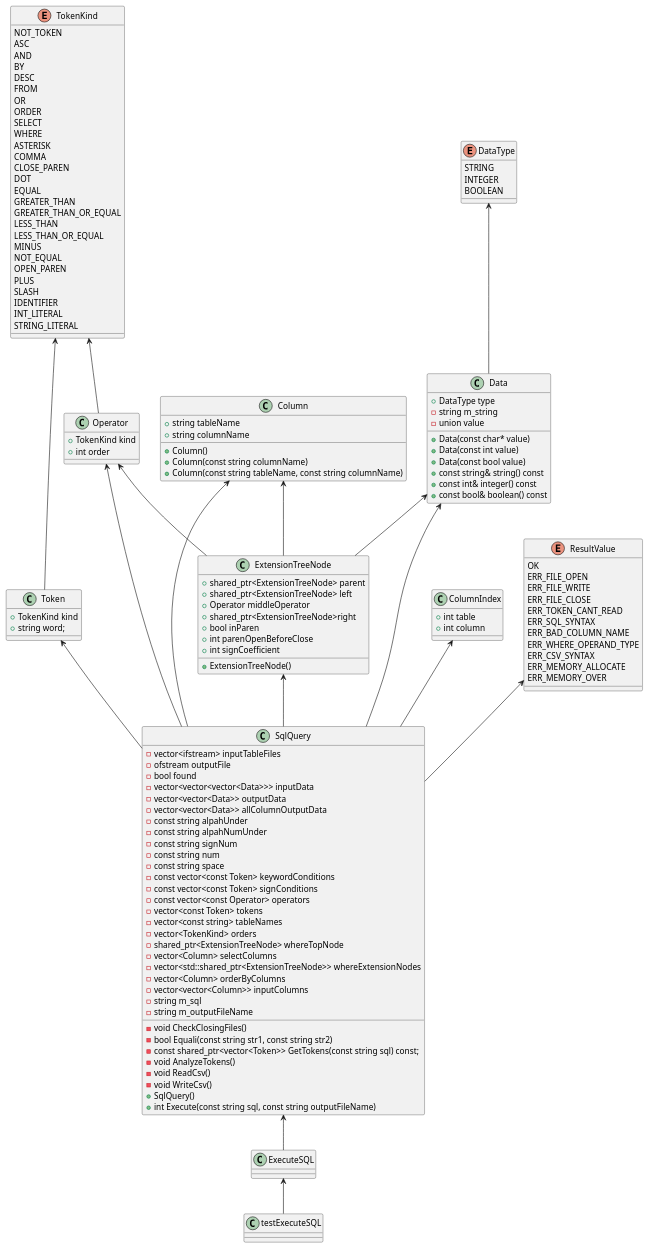
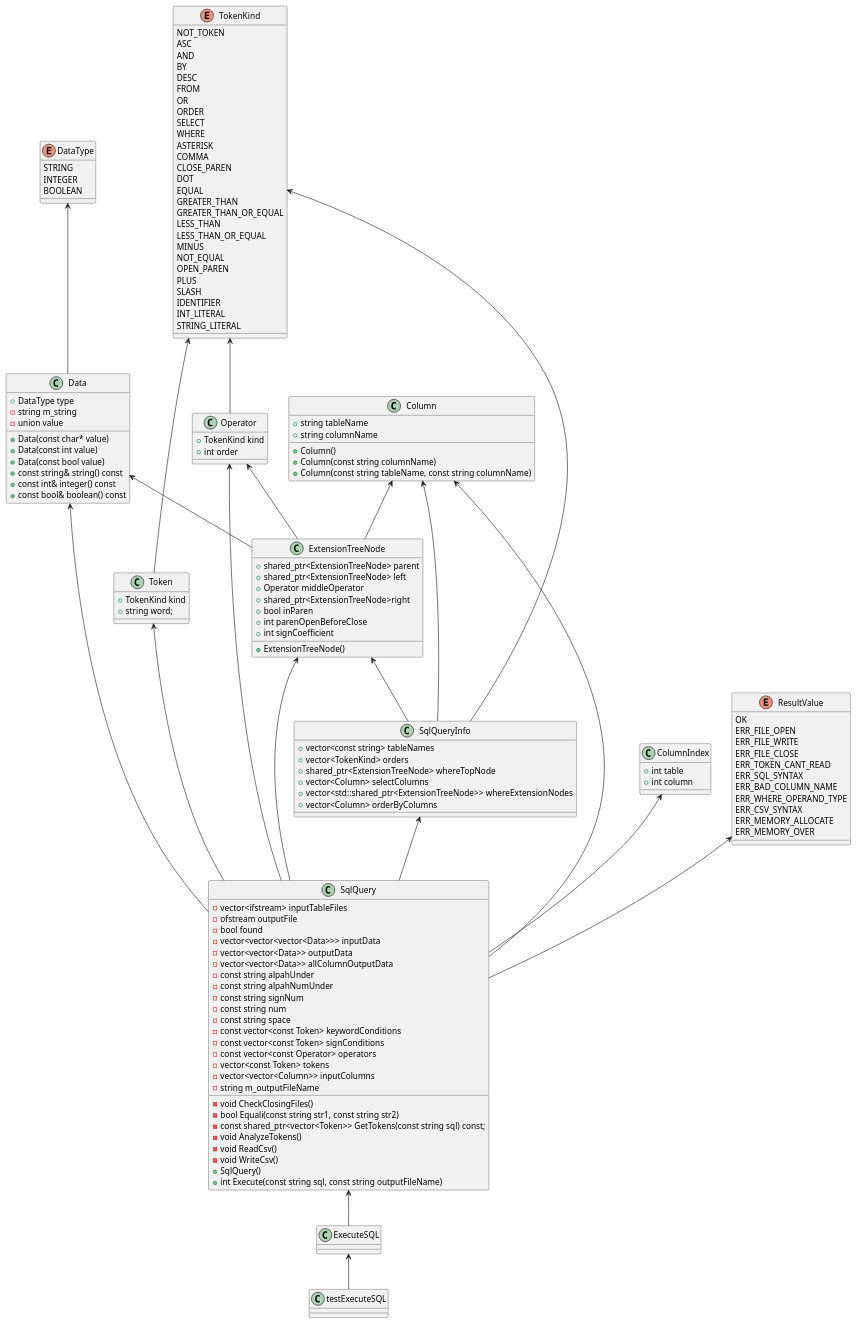
One commit to yotten/TinySQL changed the diagram in ExecuteSQL.pu. Above: the diagram before and after it, drawn with PlantUML. The commit also changed 4 other files, not shown here.

First line of the commit message:
133.SqlQueryInfoクラスを抽出

```diff
--- a/ExecuteSQL.pu
+++ b/ExecuteSQL.pu
@@ -1,145 +1,153 @@
 @startuml
 
 class testExecuteSQL {}
+class SqlQueryInfo {
+	+vector<const string> tableNames
+	+vector<TokenKind> orders
+	+shared_ptr<ExtensionTreeNode> whereTopNode
+	+vector<Column> selectColumns
+	+vector<std::shared_ptr<ExtensionTreeNode>> whereExtensionNodes
+	+vector<Column> orderByColumns
+}
 class SqlQuery {
 	-vector<ifstream> inputTableFiles
 	-ofstream outputFile
 	-bool found
 	-vector<vector<vector<Data>>> inputData
 	-vector<vector<Data>> outputData
 	-vector<vector<Data>> allColumnOutputData	
 	-const string alpahUnder
 	-const string alpahNumUnder
 	-const string signNum
 	-const string num
 	-const string space
 	-const vector<const Token> keywordConditions
 	-const vector<const Token> signConditions
 	-const vector<const Operator> operators
 	-vector<const Token> tokens
-	-vector<const string> tableNames
-	-vector<TokenKind> orders
-	-shared_ptr<ExtensionTreeNode> whereTopNode
-	-vector<Column> selectColumns
-	-vector<std::shared_ptr<ExtensionTreeNode>> whereExtensionNodes
-	-vector<Column> orderByColumns
 	-vector<vector<Column>> inputColumns
 	-void CheckClosingFiles()
-	-string m_sql
 	-string m_outputFileName
 	-bool Equali(const string str1, const string str2)
 	-const shared_ptr<vector<Token>> GetTokens(const string sql) const;
 	-void AnalyzeTokens()
 	-void ReadCsv()
 	-void WriteCsv()
 	+SqlQuery()
 	+int Execute(const string sql, const string outputFileName)
 }
 class ExecuteSQL {
 	
 }
 
 class Data {
     +DataType type
 	-string m_string
 	-union value
 	+Data(const char* value)
 	+Data(const int value)
 	+Data(const bool value)
 	+const string& string() const
 	+const int& integer() const
 	+const bool& boolean() const
 }
 class Operator{
     +TokenKind kind
     +int order
 }
 class Token{
     +TokenKind kind
     +string word;
 }
 class ExtensionTreeNode{
 	+shared_ptr<ExtensionTreeNode> parent
 	+shared_ptr<ExtensionTreeNode> left
 	+Operator middleOperator
 	+shared_ptr<ExtensionTreeNode>right
 	+bool inParen
 	+int parenOpenBeforeClose
 	+int signCoefficient
 	+ExtensionTreeNode()
 }
 class ColumnIndex{
     +int table
     +int column
 }
 class Column{
     +string tableName
     +string columnName
     +Column()
     +Column(const string columnName)
     +Column(const string tableName, const string columnName)
 }
 enum DataType{
    	STRING
 	INTEGER
 	BOOLEAN
 }
 enum TokenKind{
     NOT_TOKEN
 	ASC
 	AND
 	BY
 	DESC
 	FROM
 	OR
 	ORDER
 	SELECT
 	WHERE
 	ASTERISK
 	COMMA
 	CLOSE_PAREN
 	DOT
 	EQUAL
 	GREATER_THAN
 	GREATER_THAN_OR_EQUAL
 	LESS_THAN
 	LESS_THAN_OR_EQUAL
 	MINUS
 	NOT_EQUAL
 	OPEN_PAREN
 	PLUS
 	SLASH
 	IDENTIFIER
 	INT_LITERAL
 	STRING_LITERAL
 }
 enum ResultValue{
     OK
 	ERR_FILE_OPEN
 	ERR_FILE_WRITE
 	ERR_FILE_CLOSE
 	ERR_TOKEN_CANT_READ
 	ERR_SQL_SYNTAX
 	ERR_BAD_COLUMN_NAME
 	ERR_WHERE_OPERAND_TYPE
 	ERR_CSV_SYNTAX
 	ERR_MEMORY_ALLOCATE
 	ERR_MEMORY_OVER
 }
 
 ExecuteSQL <-- testExecuteSQL
 SqlQuery <-- ExecuteSQL
+
 Data <-- SqlQuery
 Operator <-- SqlQuery
 Token <-- SqlQuery
 ExtensionTreeNode <-- SqlQuery
 ColumnIndex <-- SqlQuery
 Column <-- SqlQuery
 ResultValue <-- SqlQuery
+SqlQueryInfo <-- SqlQuery
+
+Column <-- SqlQueryInfo
+TokenKind <-- SqlQueryInfo
+ExtensionTreeNode <-- SqlQueryInfo
+
 DataType <-- Data
 TokenKind <-- Token
 TokenKind <-- Operator
 Operator <-- ExtensionTreeNode
 Column <-- ExtensionTreeNode
 Data <-- ExtensionTreeNode
 @enduml
```
